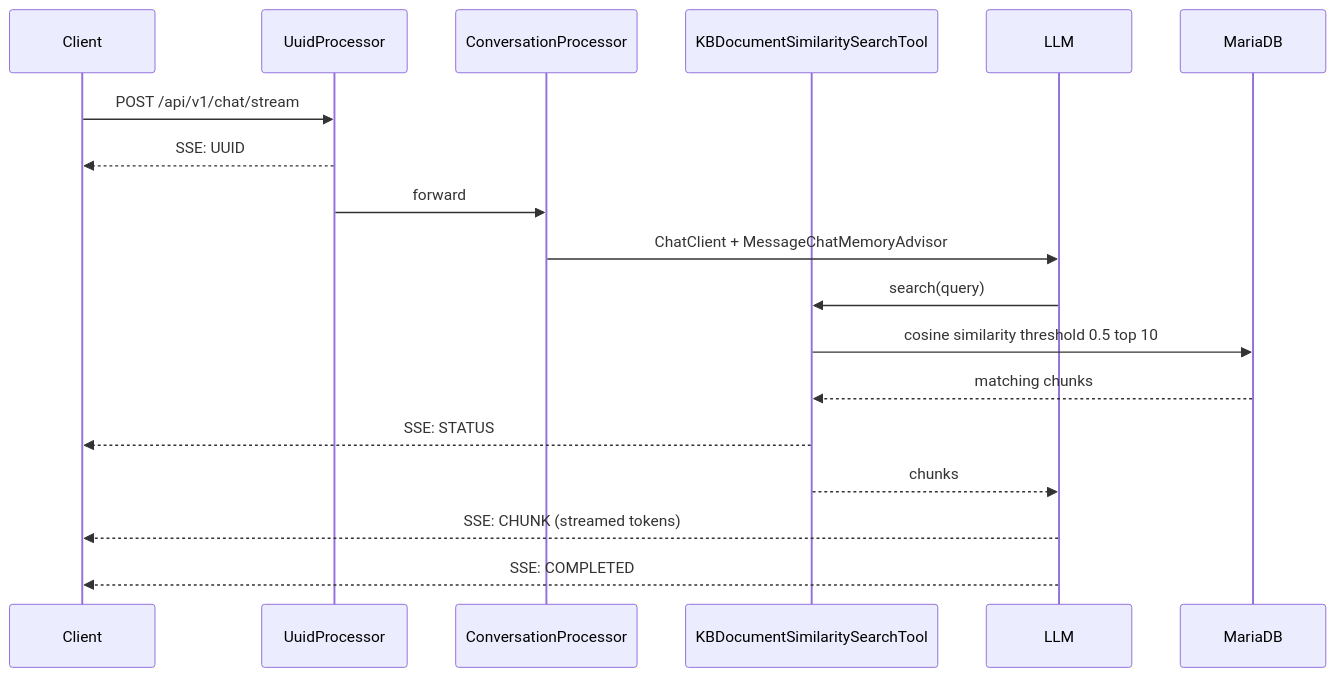
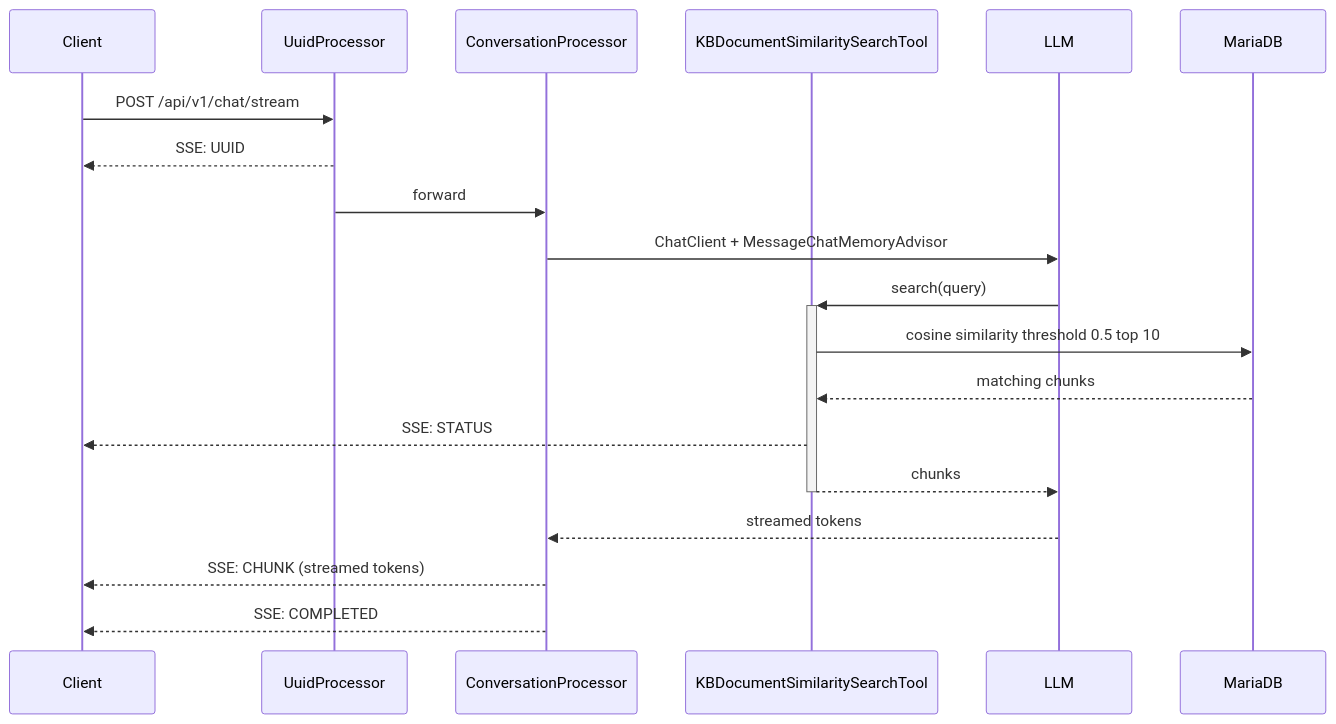
The third of 3 diagrams in docs/ARCHITECTURE.md (ExMachinaSAGL/cosmo42-open), drawn with Mermaid before and after one commit. The commit also changed other lines of this file and 4 other files, not shown here.

````diff
--- a/docs/ARCHITECTURE.md
+++ b/docs/ARCHITECTURE.md
@@ -50,21 +67,22 @@
 ```mermaid
 sequenceDiagram
     participant C as Client
     participant U as UuidProcessor
     participant CP as ConversationProcessor
     participant T as KBDocumentSimilaritySearchTool
     participant LLM as LLM
     participant DB as MariaDB
 
     C->>U: POST /api/v1/chat/stream
     U-->>C: SSE: UUID
     U->>CP: forward
     CP->>LLM: ChatClient + MessageChatMemoryAdvisor
-    LLM->>T: search(query)
+    LLM->>+T: search(query)
     T->>DB: cosine similarity  threshold 0.5  top 10
     DB-->>T: matching chunks
     T-->>C: SSE: STATUS
-    T-->>LLM: chunks
-    LLM-->>C: SSE: CHUNK (streamed tokens)
-    LLM-->>C: SSE: COMPLETED
+    T-->>-LLM: chunks
+    LLM-->>CP: streamed tokens
+    CP-->>C: SSE: CHUNK (streamed tokens)
+    CP-->>C: SSE: COMPLETED
 ```
````
